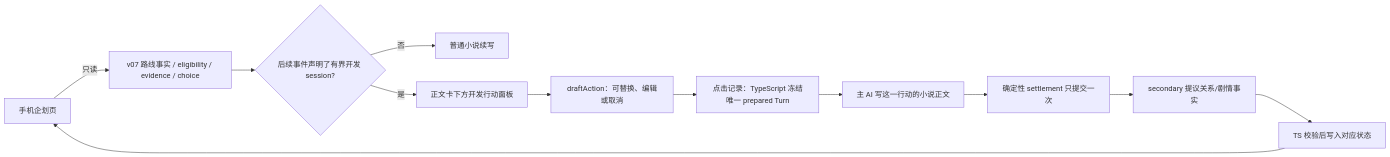
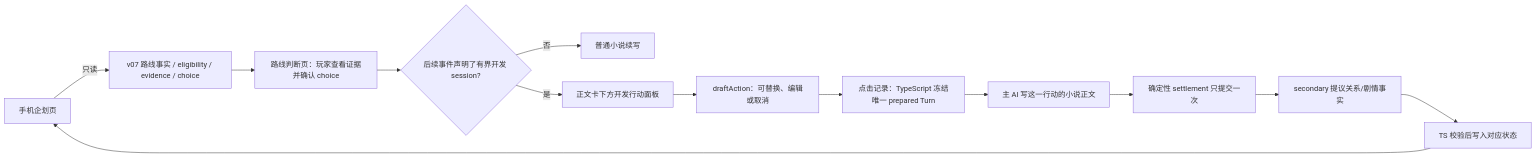
The second of 3 diagrams in docs/v07-game-development-architecture-handoff-v0.1.md (eriribot/islandmilfcode), drawn with Mermaid before and after one commit. The commit also changed other lines of this file and 4 other files, not shown here.

````diff
--- a/docs/v07-game-development-architecture-handoff-v0.1.md
+++ b/docs/v07-game-development-architecture-handoff-v0.1.md
@@ -364,14 +397,15 @@
 ```mermaid
 flowchart LR
     P["手机企划页"] -->|"只读"| R["v07 路线事实 / eligibility / evidence / choice"]
-    R --> S{"后续事件声明了有界开发 session?"}
+    R --> Q["路线判断页：玩家查看证据并确认 choice"]
+    Q --> S{"后续事件声明了有界开发 session?"}
     S -- "否" --> N["普通小说续写"]
     S -- "是" --> A["正文卡下方开发行动面板"]
     A --> D["draftAction：可替换、编辑或取消"]
     D --> T["点击记录：TypeScript 冻结唯一 prepared Turn"]
     T --> M["主 AI 写这一行动的小说正文"]
     M --> C["确定性 settlement 只提交一次"]
     C --> F["secondary 提议关系/剧情事实"]
     F --> V["TS 校验后写入对应状态"]
     V --> P
 ```
````
